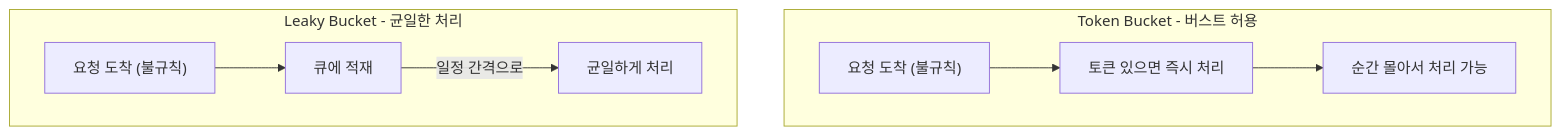
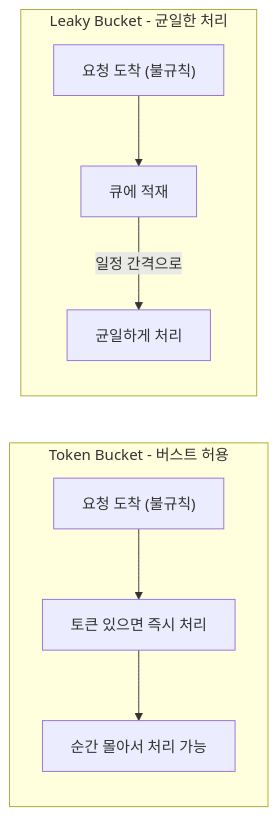
Before and after one commit to yjkim2015/yjkim2015.github.io: the eighth of 13 diagrams in _posts/spring/2026-05-01-rate-limiting.md, drawn with Mermaid. The commit also changed other lines of this file and 92 other files, not shown here.

First line of the commit message:
Major quality rewrite: 98 files, Mermaid fix, extreme-scenario component

````diff
--- a/_posts/spring/2026-05-01-rate-limiting.md
+++ b/_posts/spring/2026-05-01-rate-limiting.md
@@ -317,11 +213,11 @@
-<div class="mermaid">
-graph TD
+```mermaid
+graph LR
     subgraph TB["Token Bucket - 버스트 허용"]
         TB1["요청 도착 (불규칙)"] --> TB2["토큰 있으면 즉시 처리"]
         TB2 --> TB3["순간 몰아서 처리 가능"]
     end
     subgraph LB["Leaky Bucket - 균일한 처리"]
         LB1["요청 도착 (불규칙)"] --> LB2["큐에 적재"]
         LB2 -->|"일정 간격으로"| LB3["균일하게 처리"]
     end
-</div>
+```
````
